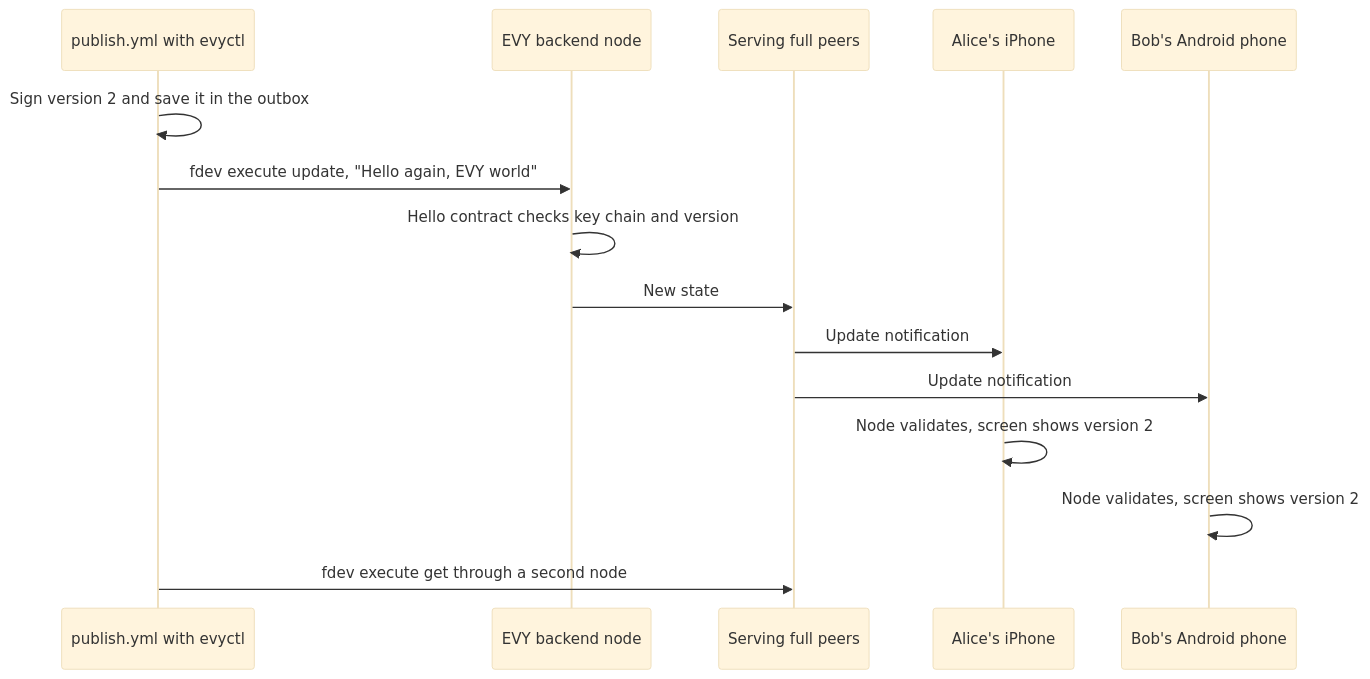
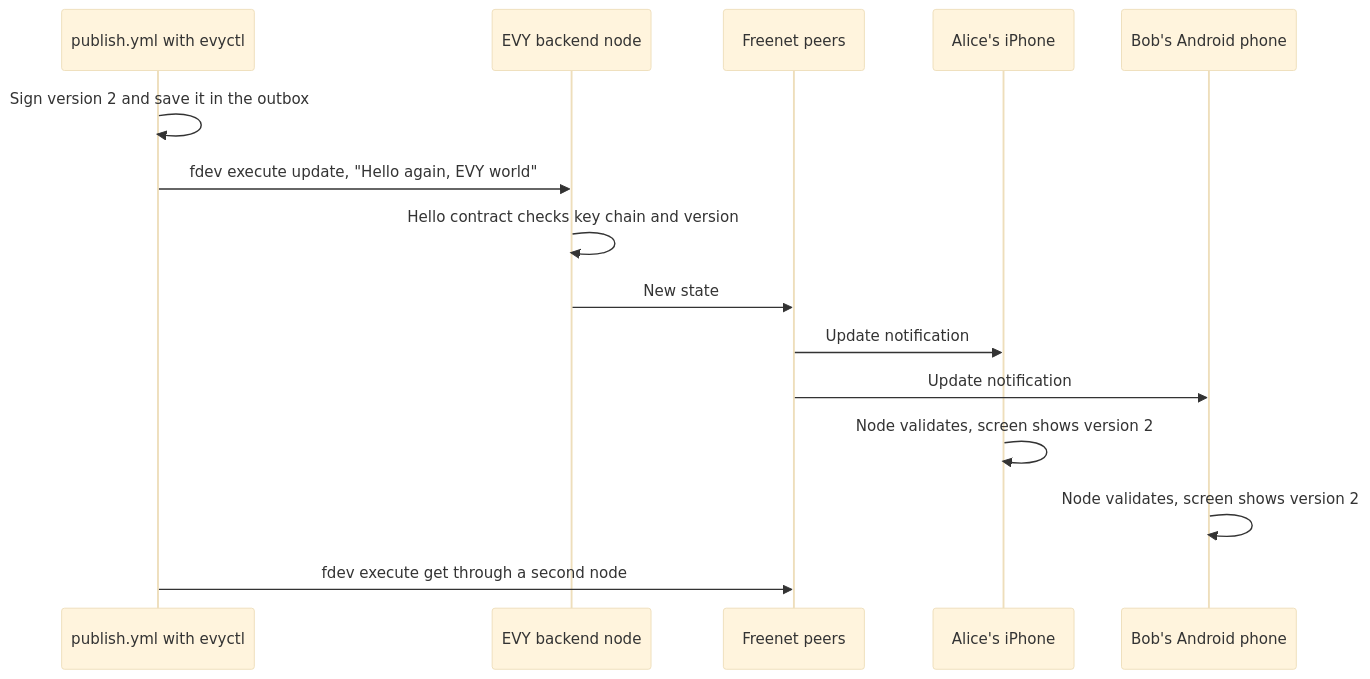
The fourth of 5 diagrams in 2-evy-on-freenet/01-hello-evy-world.md (EVY-Platform/evy-freenet-plans), drawn with Mermaid (base theme) before and after one commit. The commit also changed other lines of this file and 17 other files, not shown here.

````diff
--- a/2-evy-on-freenet/01-hello-evy-world.md
+++ b/2-evy-on-freenet/01-hello-evy-world.md
@@ -264,17 +264,17 @@
 ```mermaid
 sequenceDiagram
     participant CI as publish.yml with evyctl
     participant Op as EVY backend node
-    participant Net as Serving full peers
+    participant Net as Freenet peers
     participant A as Alice's iPhone
     participant B as Bob's Android phone
     CI->>CI: Sign version 2 and save it in the outbox
     CI->>Op: fdev execute update, "Hello again, EVY world"
     Op->>Op: Hello contract checks key chain and version
     Op->>Net: New state
     Net->>A: Update notification
     Net->>B: Update notification
     A->>A: Node validates, screen shows version 2
     B->>B: Node validates, screen shows version 2
     CI->>Net: fdev execute get through a second node
 ```
````
